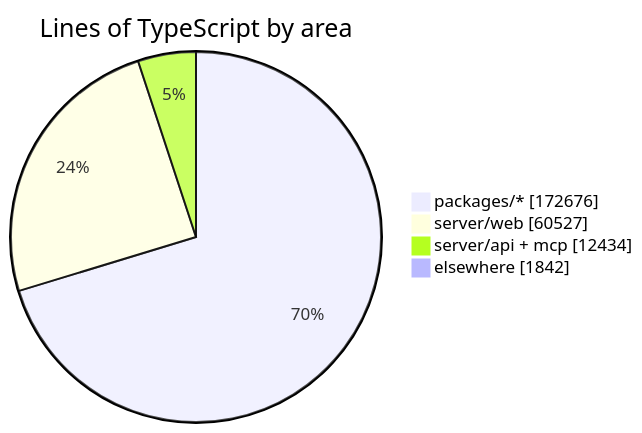
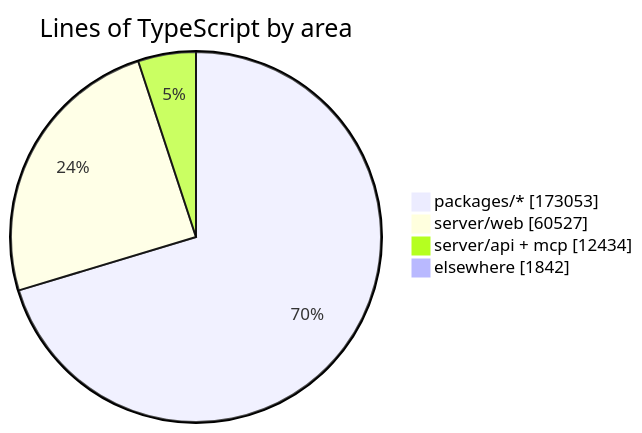
One commit to crossworks-engineering/mantle changed the diagram in README.md. Above: the diagram before and after it, drawn with Mermaid. The commit also changed other lines of this file and 2 other files, not shown here.

````diff
--- a/README.md
+++ b/README.md
@@ -279,7 +279,7 @@
 ```mermaid
 pie showData title Lines of TypeScript by area
-    "packages/*" : 172676
+    "packages/*" : 173053
     "server/web" : 60527
     "server/api + mcp" : 12434
     "elsewhere" : 1842
 ```
````
